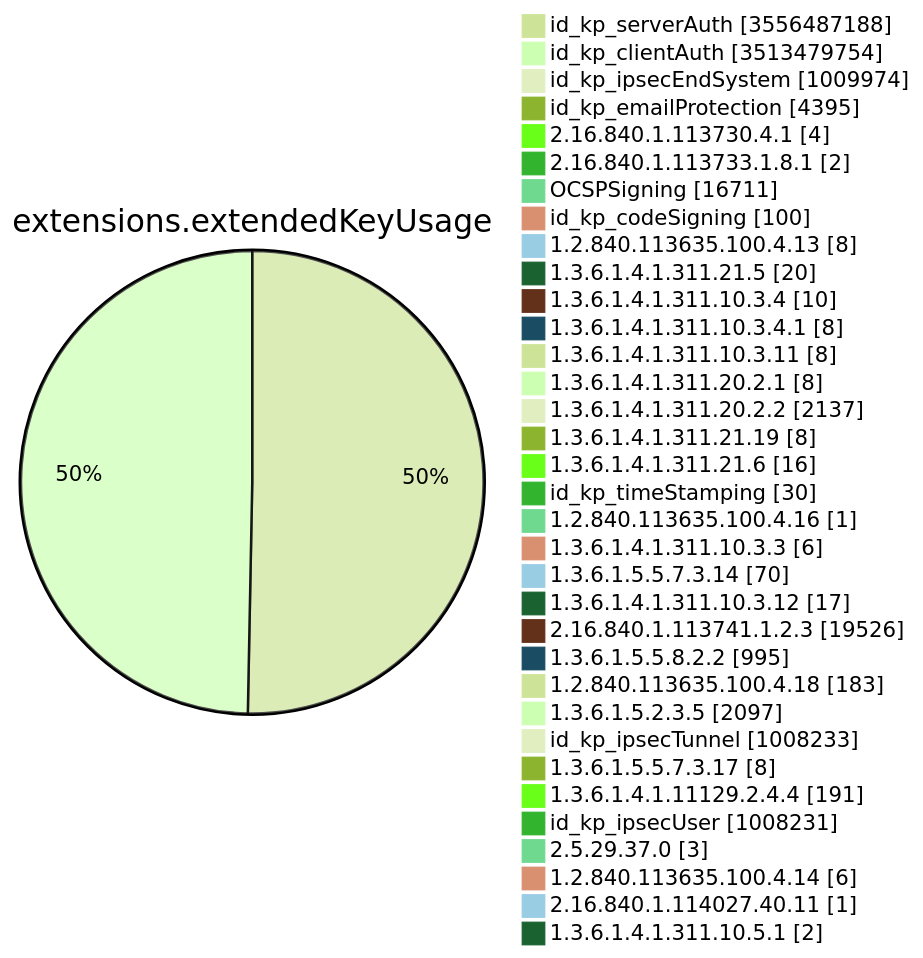
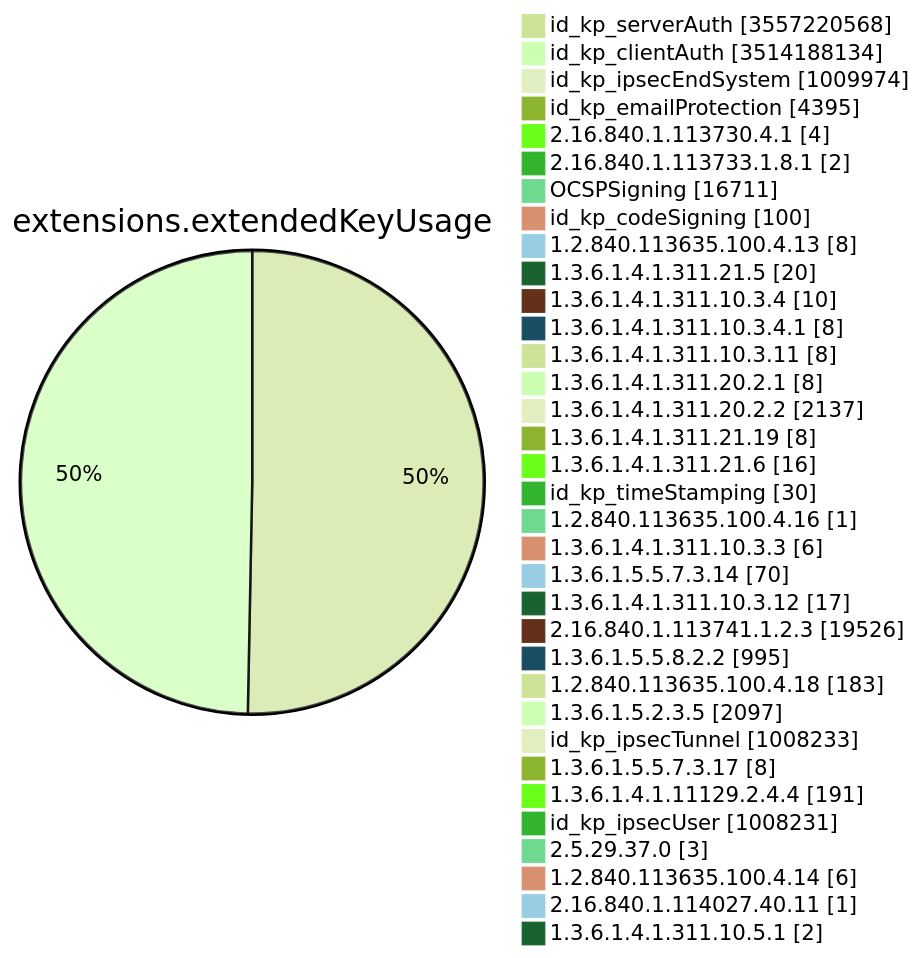
One commit to christiankrug/ctmonitor_visualization changed diagram 11 of 15 in TOTAL/README.md. Above: the diagram before and after it, drawn with Mermaid (forest theme). The commit also changed other lines of this file, not shown here.

````diff
--- a/TOTAL/README.md
+++ b/TOTAL/README.md
@@ -4128,38 +4128,38 @@
 ```mermaid
 pie showData
 title extensions.extendedKeyUsage
-"id_kp_serverAuth" :3556487188
-"id_kp_clientAuth" :3513479754
+"id_kp_serverAuth" :3557220568
+"id_kp_clientAuth" :3514188134
 "id_kp_ipsecEndSystem" :1009974
 "id_kp_emailProtection" :4395
 "2.16.840.1.113730.4.1" :4
 "2.16.840.1.113733.1.8.1" :2
 "OCSPSigning" :16711
 "id_kp_codeSigning" :100
 "1.2.840.113635.100.4.13" :8
 "1.3.6.1.4.1.311.21.5" :20
 "1.3.6.1.4.1.311.10.3.4" :10
 "1.3.6.1.4.1.311.10.3.4.1" :8
 "1.3.6.1.4.1.311.10.3.11" :8
 "1.3.6.1.4.1.311.20.2.1" :8
 "1.3.6.1.4.1.311.20.2.2" :2137
 "1.3.6.1.4.1.311.21.19" :8
 "1.3.6.1.4.1.311.21.6" :16
 "id_kp_timeStamping" :30
 "1.2.840.113635.100.4.16" :1
 "1.3.6.1.4.1.311.10.3.3" :6
 "1.3.6.1.5.5.7.3.14" :70
 "1.3.6.1.4.1.311.10.3.12" :17
 "2.16.840.1.113741.1.2.3" :19526
 "1.3.6.1.5.5.8.2.2" :995
 "1.2.840.113635.100.4.18" :183
 "1.3.6.1.5.2.3.5" :2097
 "id_kp_ipsecTunnel" :1008233
 "1.3.6.1.5.5.7.3.17" :8
 "1.3.6.1.4.1.11129.2.4.4" :191
 "id_kp_ipsecUser" :1008231
 "2.5.29.37.0" :3
 "1.2.840.113635.100.4.14" :6
 "2.16.840.1.114027.40.11" :1
 "1.3.6.1.4.1.311.10.5.1" :2
 ```
````
